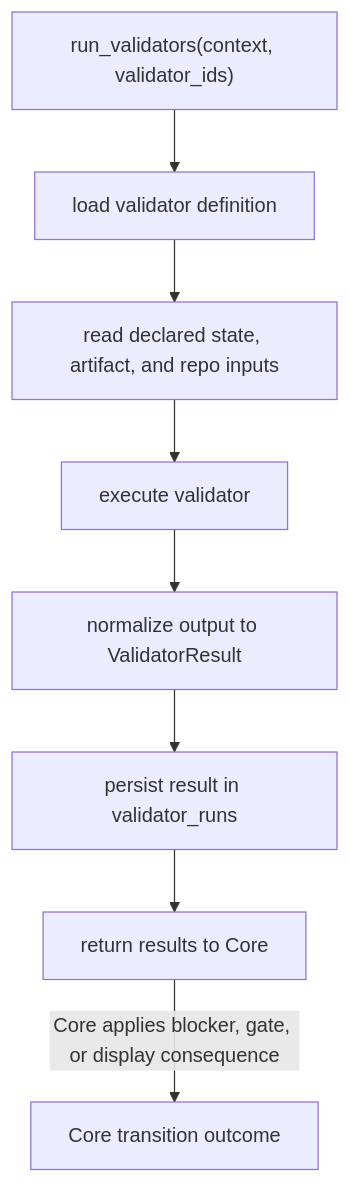
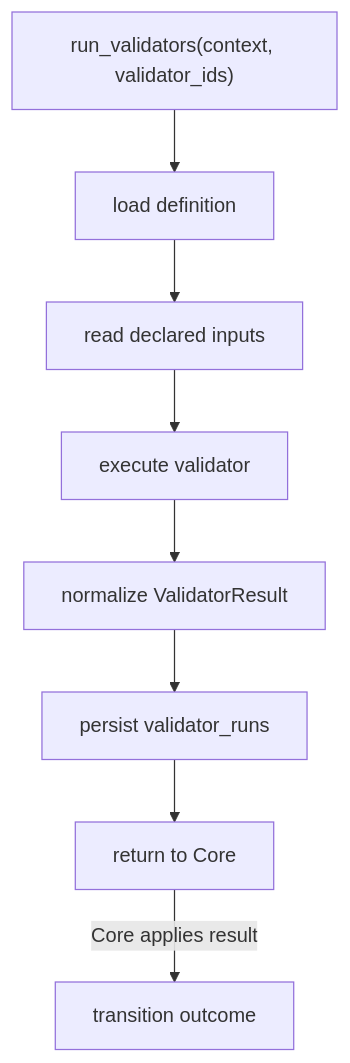
One commit to minjungw00/Harness_Project changed the ninth of 9 diagrams in docs/en/reference/storage-and-ddl.md. Above: the diagram before and after it, drawn with Mermaid. The commit also changed other lines of this file and 20 other files, not shown here.

Commit message:
docs: refresh diagrams for staged authority model

````diff
--- a/docs/en/reference/storage-and-ddl.md
+++ b/docs/en/reference/storage-and-ddl.md
@@ -1537,13 +1537,13 @@
 ```mermaid
 flowchart TD
   Start["run_validators(context, validator_ids)"]
-  Load["load validator definition"]
-  Inputs["read declared state, artifact, and repo inputs"]
+  Load["load definition"]
+  Inputs["read declared inputs"]
   Execute["execute validator"]
-  Normalize["normalize output to ValidatorResult"]
-  Persist["persist result in validator_runs"]
-  Return["return results to Core"]
+  Normalize["normalize ValidatorResult"]
+  Persist["persist validator_runs"]
+  Return["return to Core"]
 
   Start --> Load --> Inputs --> Execute --> Normalize --> Persist --> Return
-  Return -->|Core applies blocker, gate, or display consequence| CoreOutcome["Core transition outcome"]
+  Return -->|Core applies result| CoreOutcome["transition outcome"]
 ```
````
